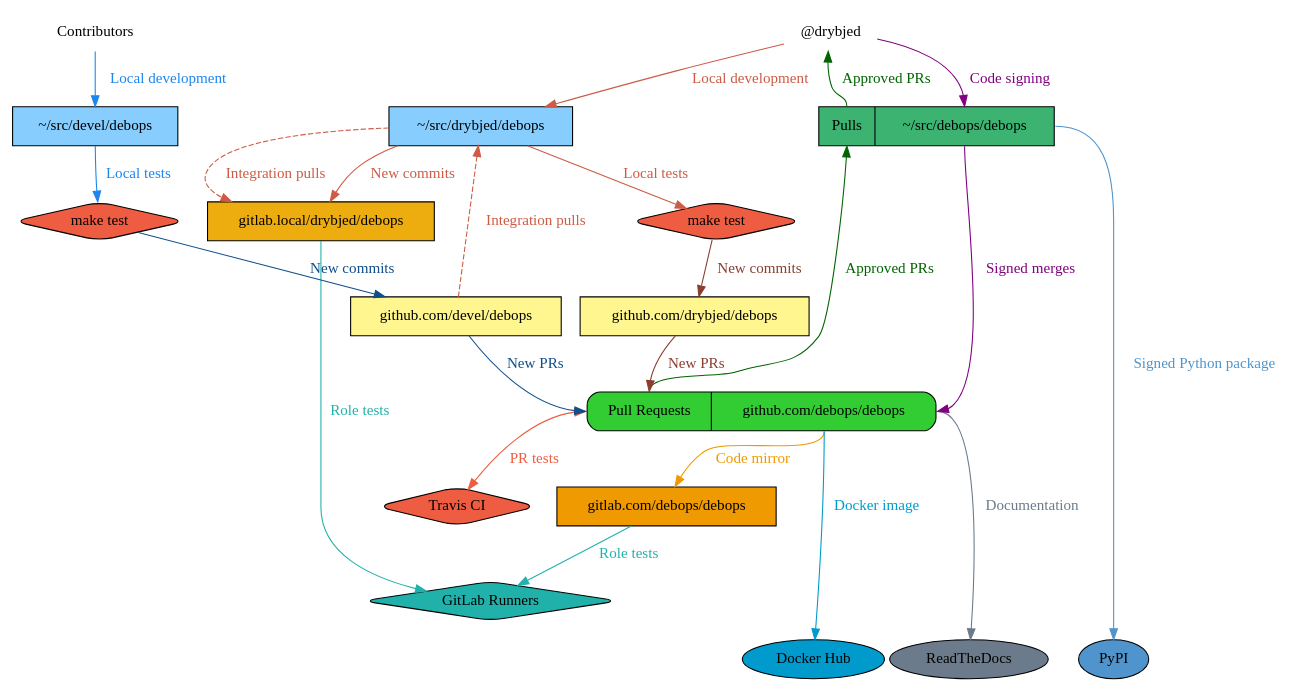
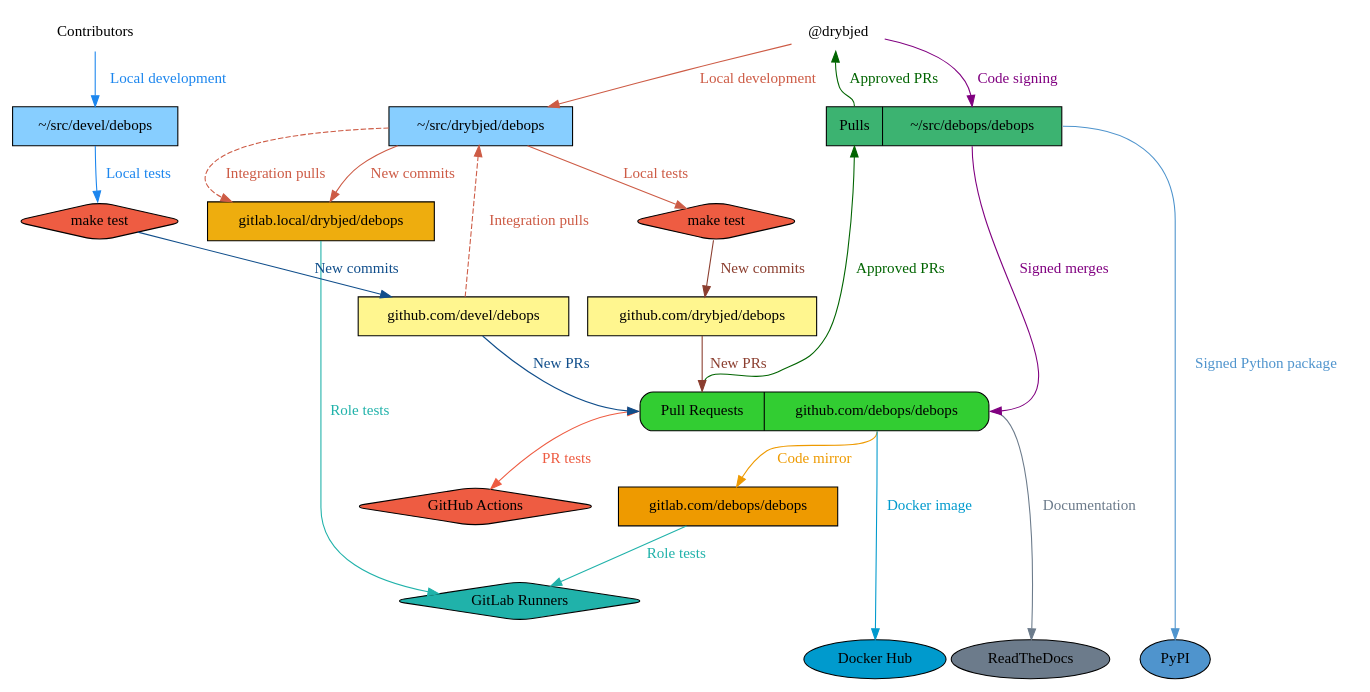
One commit to debops/debops changed the diagram in docs/developer-guide/development-model.rst. Above: the diagram before and after it, drawn with Graphviz. The commit also changed other lines of this file and 7 other files, not shown here.

Commit message:
[ci] Add support for GitHub Actions

```diff
--- a/docs/developer-guide/development-model.rst
+++ b/docs/developer-guide/development-model.rst
@@ -13,61 +13,61 @@
 .. graphviz::
 
    digraph DebOps {
 
        // Project maintainer
        drybjed [label="@drybjed" shape="plaintext"];
 
        // Contributors
        contributors [label="Contributors" shape="plaintext"];
 
        monorepo [style="filled" fillcolor="limegreen" shape="Mrecord" label="<pr> Pull Requests|<code> github.com/debops/debops"];
        gitlab_mirror [style="filled" fillcolor="orange2" shape="record" label="gitlab.com/debops/debops"];
        gitlab_drybjed_local [style="filled" fillcolor="darkgoldenrod2" shape="record" label="gitlab.local/drybjed/debops"];
        drybjed_make_test [shape="diamond", style="rounded,filled" fillcolor="tomato2" label="make test"];
        monorepo_drybjed_local [shape="record" style="filled" fillcolor="mediumseagreen" label="<pull> Pulls |<code> ~/src/debops/debops"];
 
-       travis_ci [label="Travis CI" shape="diamond" style="rounded,filled" fillcolor="tomato2"];
+       github_ci [label="GitHub Actions" shape="diamond" style="rounded,filled" fillcolor="tomato2"];
        docker_hub [label="Docker Hub" style="filled" fillcolor="deepskyblue3"];
        readthedocs [label="ReadTheDocs" style="filled" fillcolor="slategray4"];
        pypi [label="PyPI" style="filled" fillcolor="steelblue3"];
        gitlab_runner [label="GitLab Runners" shape="diamond" style="rounded,filled" fillcolor="lightseagreen"];
 
        fork_drybjed_local [shape="record" style="filled" fillcolor="skyblue1" label="<code> ~/src/drybjed/debops"];
        fork_drybjed_github [shape="record" style="filled" fillcolor="khaki1" label="<code> github.com/drybjed/debops"];
 
        fork_devel_local  [shape="record" style="filled" fillcolor="skyblue1" label="<code> ~/src/devel/debops"];
        fork_devel_github [shape="record" style="filled" fillcolor="khaki1" label="<code> github.com/devel/debops"];
        devel_make_test [shape="diamond", style="rounded,filled" fillcolor="tomato2" label="make test"];
 
        { rank="source" drybjed, contributors }
        { rank="same" fork_drybjed_local, monorepo_drybjed_local, fork_devel_local }
        { rank="sink" docker_hub, readthedocs, pypi }
 
        drybjed              -> fork_drybjed_local [color="coral3" fontcolor="coral3" label="Local development"];
        fork_drybjed_local   -> gitlab_drybjed_local [color="coral3" fontcolor="coral3" label="New commits"];
        gitlab_drybjed_local -> gitlab_runner [color="lightseagreen" fontcolor="lightseagreen" label="Role tests"];
        fork_drybjed_local   -> drybjed_make_test [color="coral3" fontcolor="coral3" label="Local tests"];
        drybjed_make_test    -> fork_drybjed_github [color="coral4" fontcolor="coral4" label="New commits"];
        fork_drybjed_github  -> monorepo:pr [color="coral4" fontcolor="coral4" label="New PRs"];
 
        contributors         -> fork_devel_local [color="dodgerblue2" fontcolor="dodgerblue2" label="Local development"];
        fork_devel_local     -> devel_make_test [color="dodgerblue2" fontcolor="dodgerblue2" label="Local tests"];
        devel_make_test      -> fork_devel_github [color="dodgerblue4" fontcolor="dodgerblue4" label="New commits"];
        fork_devel_github    -> monorepo:pr [color="dodgerblue4" fontcolor="dodgerblue4" label="New PRs"];
 
        fork_devel_github    -> fork_drybjed_local -> gitlab_drybjed_local [style="dashed" color="coral3" fontcolor="coral3" label="Integration pulls"];
 
-       monorepo:pr -> travis_ci [dir="both" color="tomato2" fontcolor="tomato2" label="PR tests"];
+       monorepo:pr -> github_ci [dir="both" color="tomato2" fontcolor="tomato2" label="PR tests"];
 
        monorepo:pr -> monorepo_drybjed_local:pull -> drybjed [color="darkgreen" fontcolor="darkgreen" label="Approved PRs"];
        drybjed -> monorepo_drybjed_local:code [color="purple" fontcolor="purple" label="Code signing"];
        monorepo_drybjed_local:code -> monorepo:code [color="purple" fontcolor="purple" label="Signed merges"];
 
        monorepo:code -> docker_hub [color="deepskyblue3" fontcolor="deepskyblue3" label="Docker image"];
        monorepo:code -> readthedocs [color="slategray4" fontcolor="slategray4" label="Documentation"];
 
        monorepo_drybjed_local:code -> pypi [color="steelblue3" fontcolor="steelblue3" label="Signed Python package"];
 
        monorepo:code -> gitlab_mirror [color="orange2" fontcolor="orange2" label="Code mirror"];
        gitlab_mirror -> gitlab_runner [color="lightseagreen" fontcolor="lightseagreen" label="Role tests"];
    }
```
